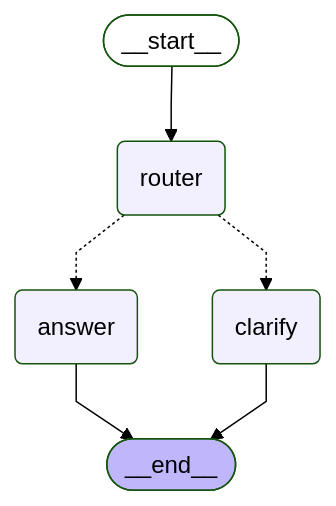
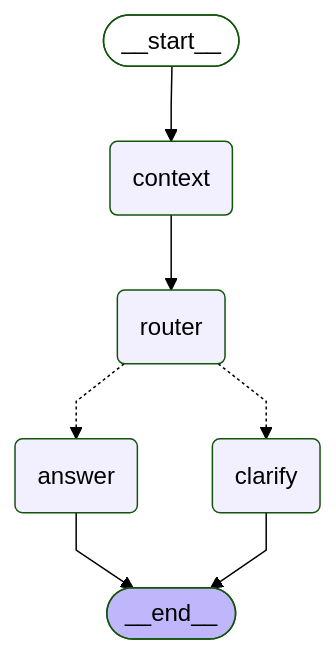
One commit to toche7/TestLangGraph changed the diagram in graph.md. Above: the diagram before and after it, drawn with Mermaid (forest theme). The commit also changed 2 other files, not shown here.

Commit message:
finish ch4

````diff
--- a/graph.md
+++ b/graph.md
@@ -3,22 +3,24 @@
 ```mermaid
 ---
 config:
   flowchart:
     curve: linear
 ---
 graph TD;
 	__start__([<p>__start__</p>]):::first
+	context(context)
 	router(router)
 	answer(answer)
 	clarify(clarify)
 	__end__([<p>__end__</p>]):::last
-	__start__ --> router;
+	__start__ --> context;
+	context --> router;
 	router -.-> answer;
 	router -.-> clarify;
 	answer --> __end__;
 	clarify --> __end__;
 	classDef default fill:#f2f0ff,line-height:1.2
 	classDef first fill-opacity:0
 	classDef last fill:#bfb6fc
 
 ```
````
